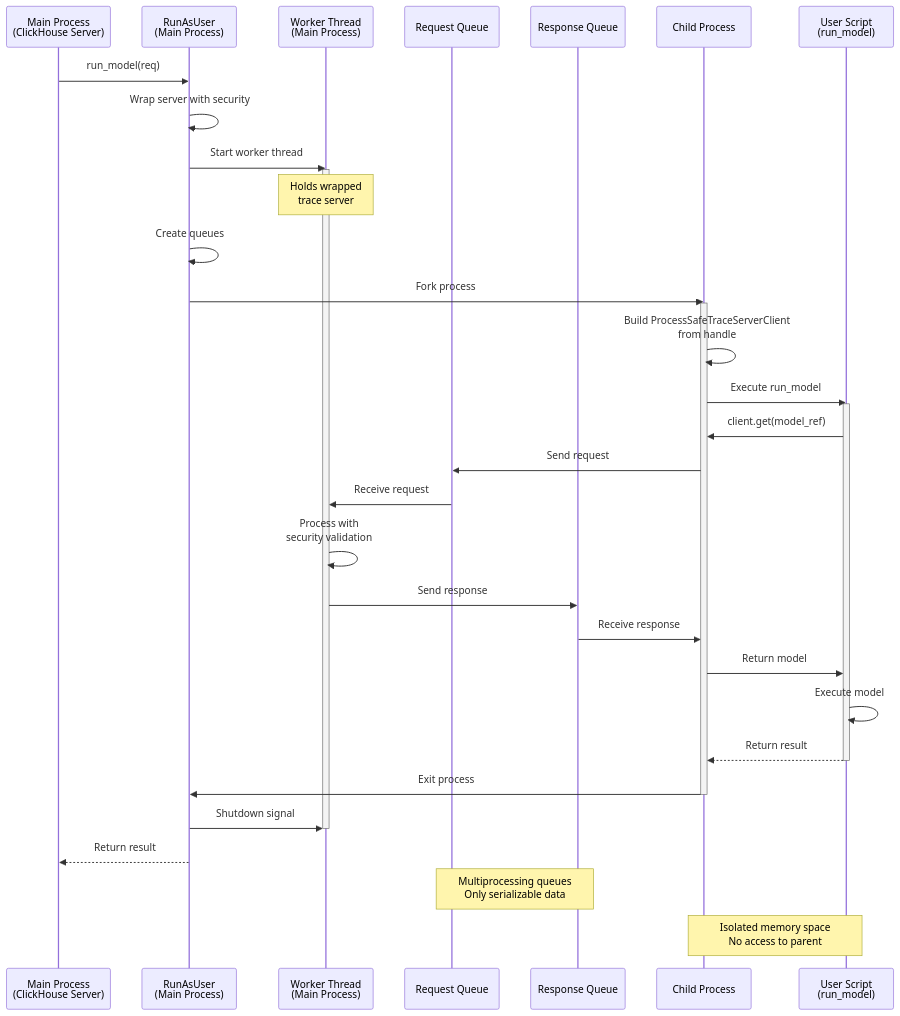
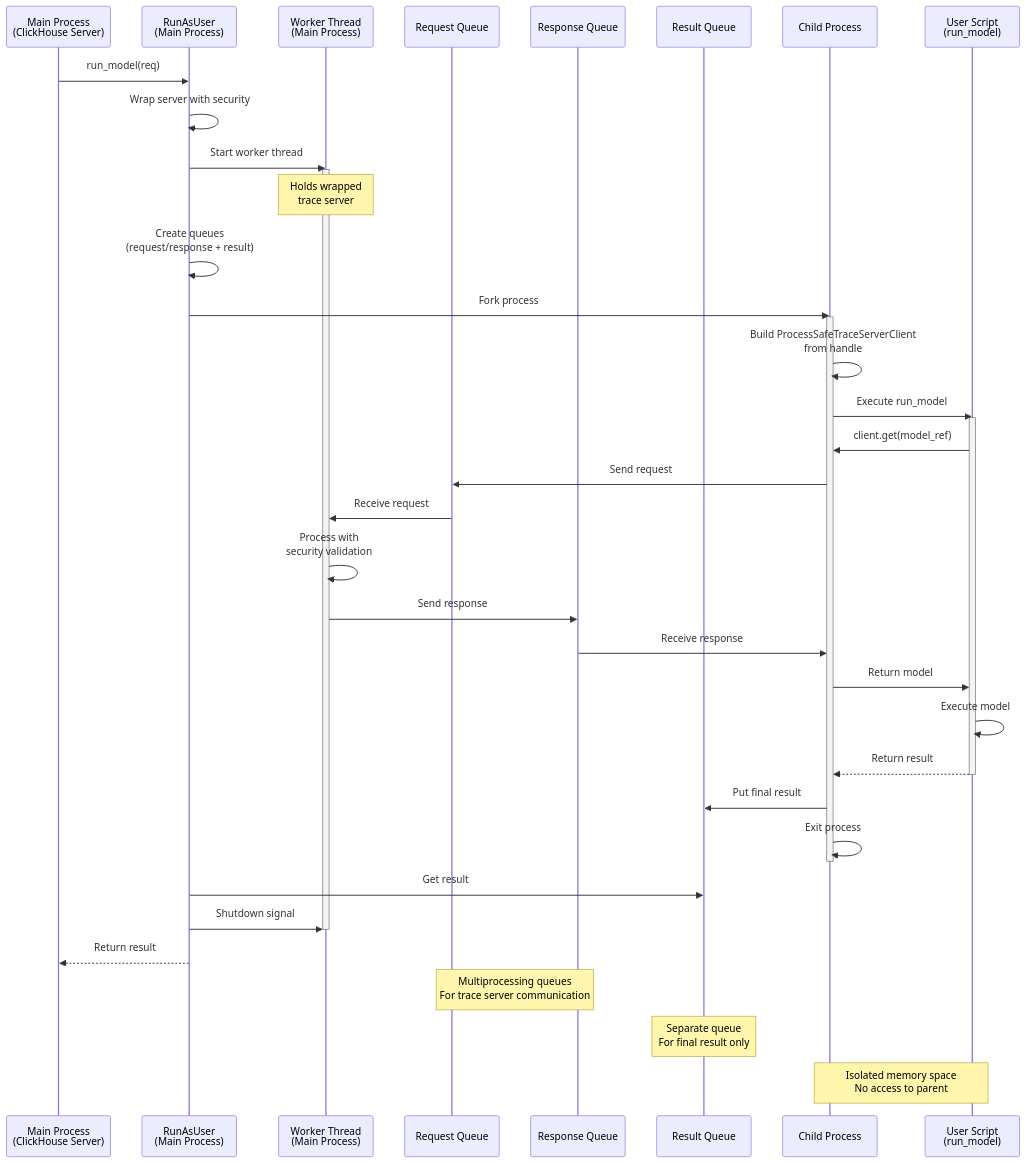
Before and after one commit to wandb/weave: the third of 3 diagrams in weave/trace_server/execution_runner/README.md, drawn with Mermaid. The commit also changed other lines of this file, not shown here.

````diff
--- a/weave/trace_server/execution_runner/README.md
+++ b/weave/trace_server/execution_runner/README.md
@@ -179,51 +206,57 @@
 ```mermaid
 sequenceDiagram
     participant MP as Main Process<br/>(ClickHouse Server)
     participant RAU as RunAsUser<br/>(Main Process)
     participant WT as Worker Thread<br/>(Main Process)
     participant Q1 as Request Queue
     participant Q2 as Response Queue
+    participant RQ as Result Queue
     participant CP as Child Process
     participant US as User Script<br/>(run_model)
 
     %% Setup Phase
     MP->>RAU: run_model(req)
     RAU->>RAU: Wrap server with security
     RAU->>WT: Start worker thread
     activate WT
     Note over WT: Holds wrapped<br/>trace server
     
-    RAU->>RAU: Create queues
+    RAU->>RAU: Create queues<br/>(request/response + result)
     RAU->>CP: Fork process
     activate CP
     
     %% Execution Phase
     CP->>CP: Build ProcessSafeTraceServerClient<br/>from handle
     CP->>US: Execute run_model
     activate US
     
     %% Example: User script loads model
     US->>CP: client.get(model_ref)
     CP->>Q1: Send request
     Q1->>WT: Receive request
     WT->>WT: Process with<br/>security validation
     WT->>Q2: Send response
     Q2->>CP: Receive response
     CP->>US: Return model
     
     %% Complete execution
     US->>US: Execute model
     US-->>CP: Return result
     deactivate US
     
+    %% Return final result
+    CP->>RQ: Put final result
+    CP->>CP: Exit process
+    deactivate CP
+    
     %% Cleanup Phase
-    CP->>RAU: Exit process
-    deactivate CP
+    RAU->>RQ: Get result
     RAU->>WT: Shutdown signal
     deactivate WT
     RAU-->>MP: Return result
     
     %% Annotations
-    Note over Q1,Q2: Multiprocessing queues<br/>Only serializable data
+    Note over Q1,Q2: Multiprocessing queues<br/>For trace server communication
+    Note over RQ: Separate queue<br/>For final result only
     Note over CP,US: Isolated memory space<br/>No access to parent
 ```
````
